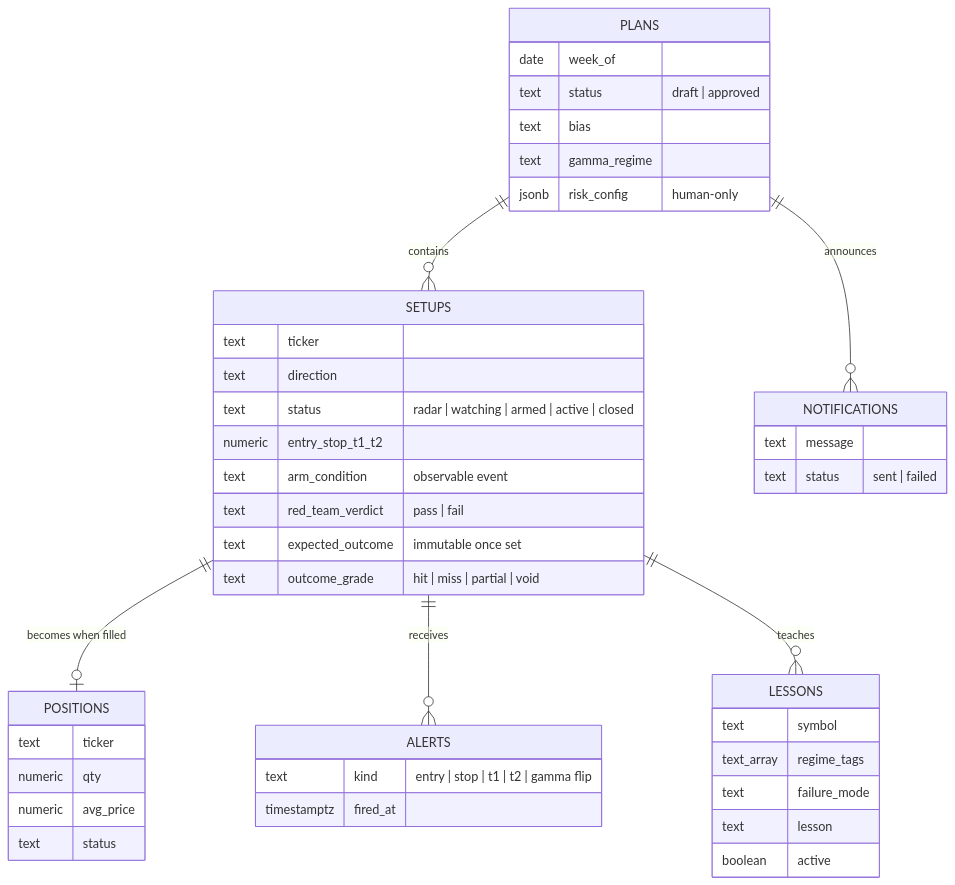
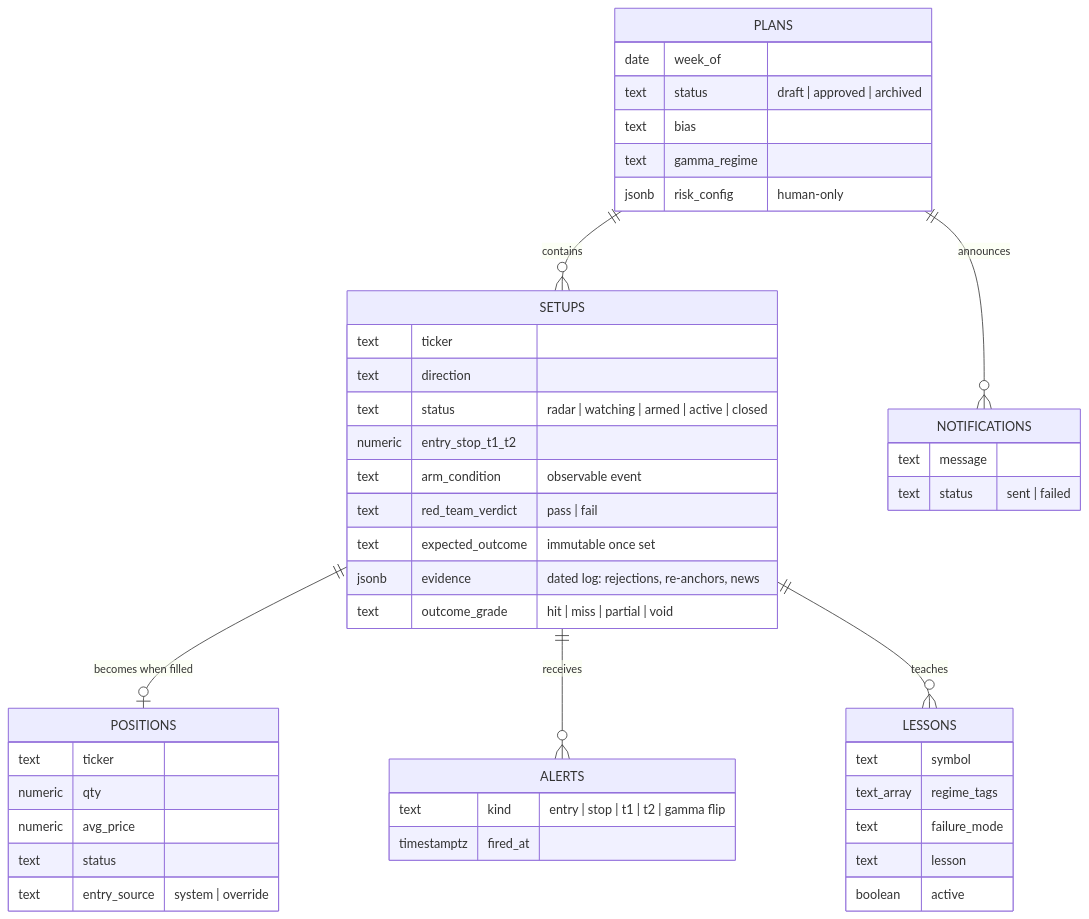
Before and after one commit to imranchatur-cpu/TradeOps-Public: the sixth of 7 diagrams in docs/ARCHITECTURE.md, drawn with Mermaid. The commit also changed other lines of this file and 11 other files, not shown here.

````diff
--- a/docs/ARCHITECTURE.md
+++ b/docs/ARCHITECTURE.md
@@ -186,47 +189,49 @@
 ```mermaid
 erDiagram
     PLANS ||--o{ SETUPS : contains
     SETUPS ||--o| POSITIONS : "becomes when filled"
     SETUPS ||--o{ ALERTS : "receives"
     SETUPS ||--o{ LESSONS : "teaches"
     PLANS ||--o{ NOTIFICATIONS : "announces"
 
     PLANS {
         date week_of
-        text status "draft | approved"
+        text status "draft | approved | archived"
         text bias
         text gamma_regime
         jsonb risk_config "human-only"
     }
     SETUPS {
         text ticker
         text direction
         text status "radar | watching | armed | active | closed"
         numeric entry_stop_t1_t2
         text arm_condition "observable event"
         text red_team_verdict "pass | fail"
         text expected_outcome "immutable once set"
+        jsonb evidence "dated log: rejections, re-anchors, news"
         text outcome_grade "hit | miss | partial | void"
     }
     POSITIONS {
         text ticker
         numeric qty
         numeric avg_price
         text status
+        text entry_source "system | override"
     }
     LESSONS {
         text symbol
         text_array regime_tags
         text failure_mode
         text lesson
         boolean active
     }
     ALERTS {
         text kind "entry | stop | t1 | t2 | gamma flip"
         timestamptz fired_at
     }
     NOTIFICATIONS {
         text message
         text status "sent | failed"
     }
 ```
````
